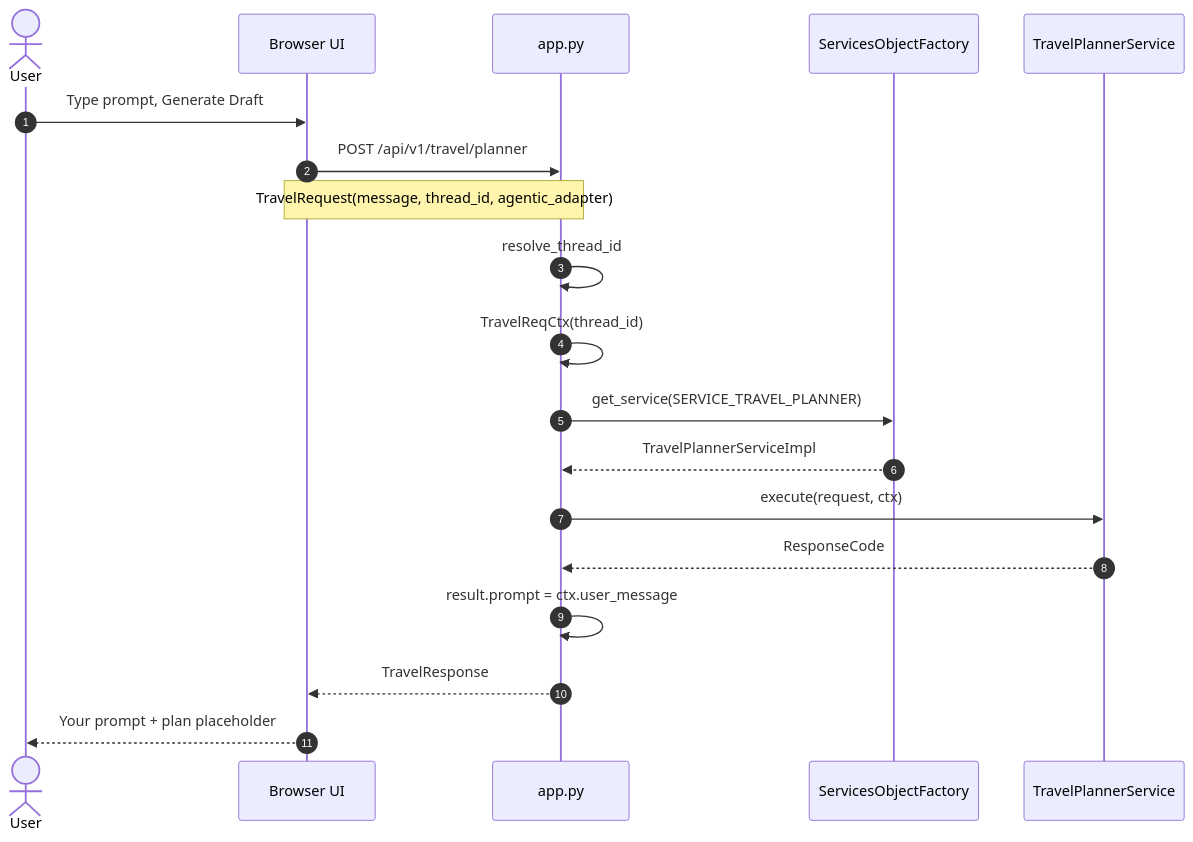
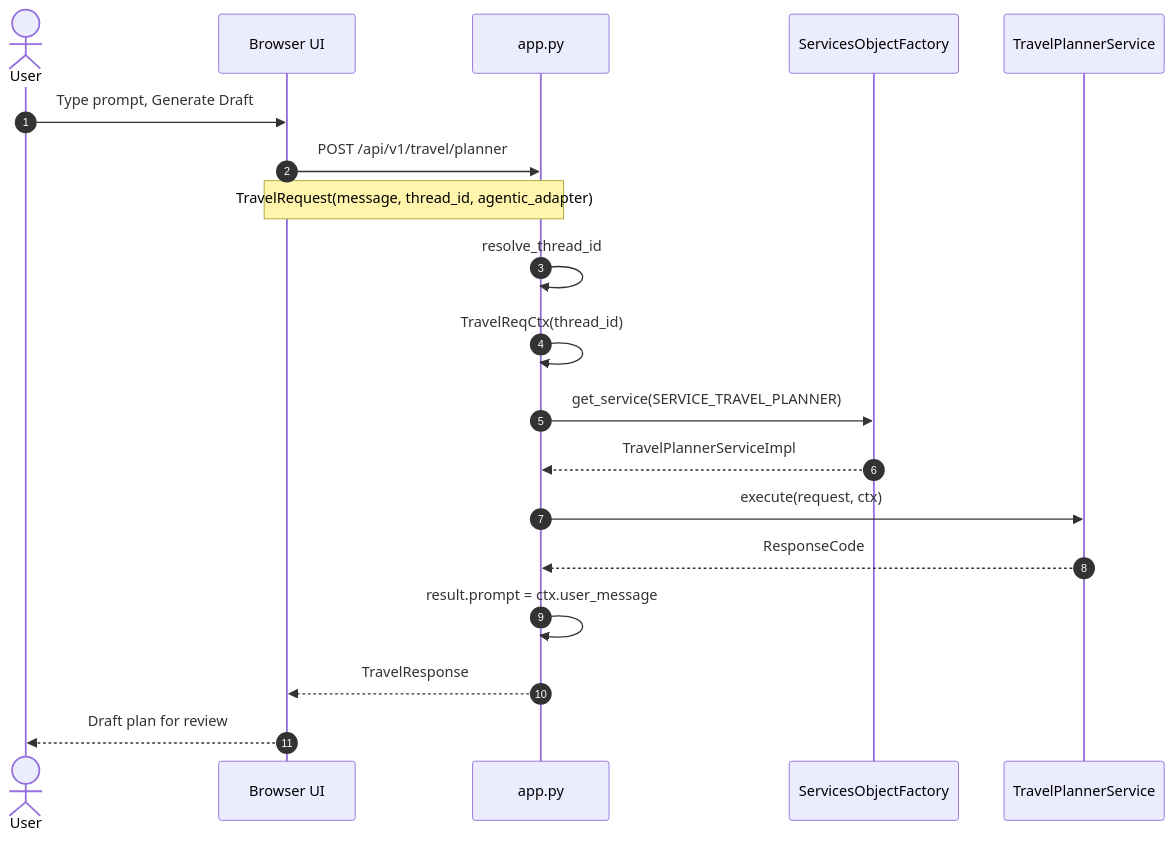
One commit to javakishore-veleti/TripMate changed the first of 2 diagrams in README.md. Above: the diagram before and after it, drawn with Mermaid. The commit also changed other lines of this file and 260 other files, not shown here.

````diff
--- a/README.md
+++ b/README.md
@@ -50,22 +50,22 @@
 ```mermaid
 sequenceDiagram
     autonumber
     actor User
     participant UI as Browser UI
     participant App as app.py
     participant Factory as ServicesObjectFactory
     participant Svc as TravelPlannerService
 
     User->>UI: Type prompt, Generate Draft
     UI->>App: POST /api/v1/travel/planner
     Note over UI,App: TravelRequest(message, thread_id, agentic_adapter)
     App->>App: resolve_thread_id
     App->>App: TravelReqCtx(thread_id)
     App->>Factory: get_service(SERVICE_TRAVEL_PLANNER)
     Factory-->>App: TravelPlannerServiceImpl
     App->>Svc: execute(request, ctx)
     Svc-->>App: ResponseCode
     App->>App: result.prompt = ctx.user_message
     App-->>UI: TravelResponse
-    UI-->>User: Your prompt + plan placeholder
+    UI-->>User: Draft plan for review
 ```
````
